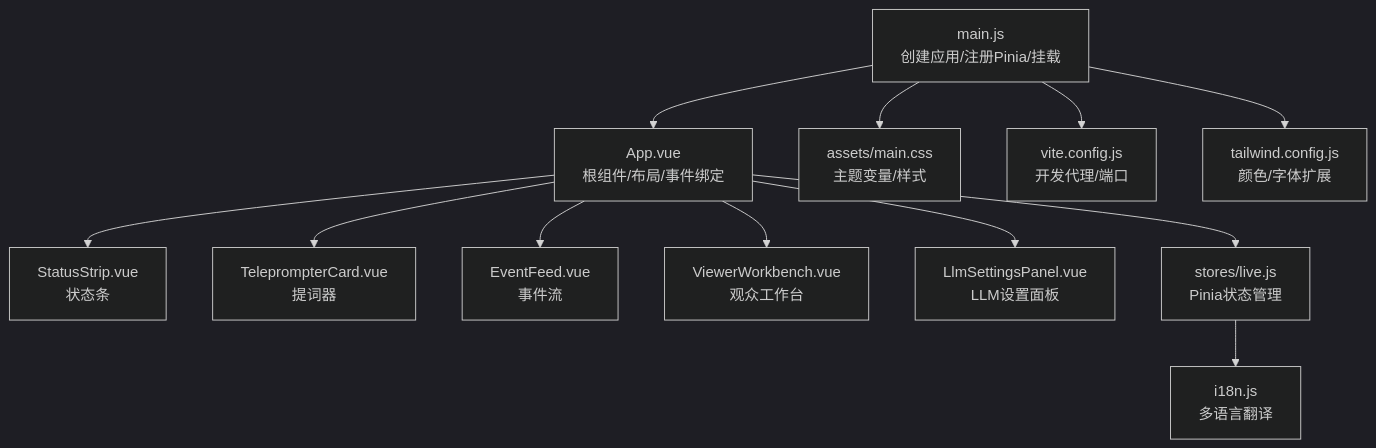
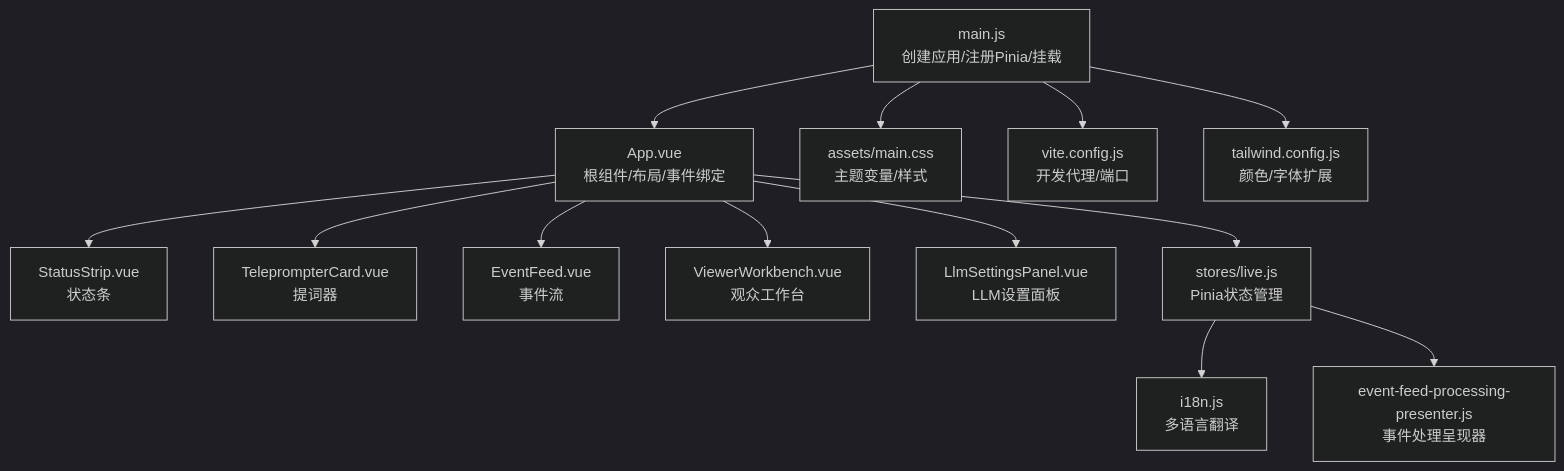
Before and after one commit to Moon-Force/DouYin_llm: the first of 8 diagrams in .qoder/repowiki/zh/content/前端应用/前端应用.md, drawn with Mermaid (dark theme). The commit also changed other lines of this file and 34 other files, not shown here.

````diff
--- a/.qoder/repowiki/zh/content/前端应用/前端应用.md
+++ b/.qoder/repowiki/zh/content/前端应用/前端应用.md
@@ -42,14 +46,15 @@
 ```mermaid
 graph TB
 A["main.js<br/>创建应用/注册Pinia/挂载"] --> B["App.vue<br/>根组件/布局/事件绑定"]
 B --> C["StatusStrip.vue<br/>状态条"]
 B --> D["TeleprompterCard.vue<br/>提词器"]
 B --> E["EventFeed.vue<br/>事件流"]
 B --> F["ViewerWorkbench.vue<br/>观众工作台"]
 B --> G["LlmSettingsPanel.vue<br/>LLM设置面板"]
 B --> H["stores/live.js<br/>Pinia状态管理"]
 H --> I["i18n.js<br/>多语言翻译"]
-A --> J["assets/main.css<br/>主题变量/样式"]
-A --> K["vite.config.js<br/>开发代理/端口"]
-A --> L["tailwind.config.js<br/>颜色/字体扩展"]
+H --> J["event-feed-processing-presenter.js<br/>事件处理呈现器"]
+A --> K["assets/main.css<br/>主题变量/样式"]
+A --> L["vite.config.js<br/>开发代理/端口"]
+A --> M["tailwind.config.js<br/>颜色/字体扩展"]
 ```
````
